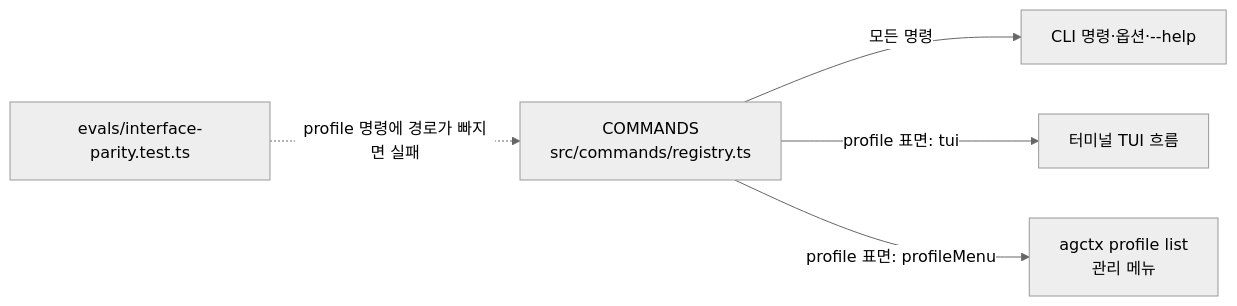
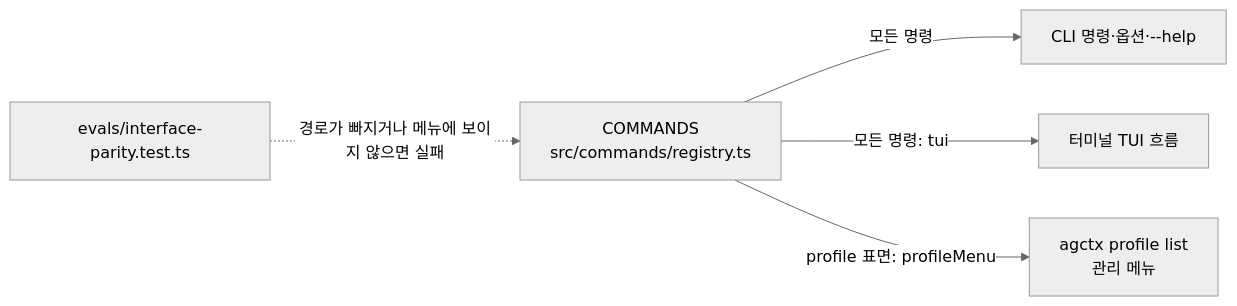
One commit to IsthisLee/agent-context-manager changed the first of 2 diagrams in docs/discussion/architecture/topics/implementation-contracts.md. Above: the diagram before and after it, drawn with Mermaid (neutral theme). The commit also changed other lines of this file and 54 other files, not shown here.

````diff
--- a/docs/discussion/architecture/topics/implementation-contracts.md
+++ b/docs/discussion/architecture/topics/implementation-contracts.md
@@ -17,7 +17,7 @@
 ```mermaid
 flowchart LR
   REG["COMMANDS<br/>src/commands/registry.ts"] -->|"모든 명령"| CLI["CLI 명령·옵션·--help"]
-  REG -->|"profile 표면: tui"| TUI["터미널 TUI 흐름"]
+  REG -->|"모든 명령: tui"| TUI["터미널 TUI 흐름"]
   REG -->|"profile 표면: profileMenu"| MENU["agctx profile list<br/>관리 메뉴"]
-  EVAL["evals/interface-parity.test.ts"] -.->|"profile 명령에 경로가 빠지면 실패"| REG
+  EVAL["evals/interface-parity.test.ts"] -.->|"경로가 빠지거나 메뉴에 보이지 않으면 실패"| REG
 ```
````
